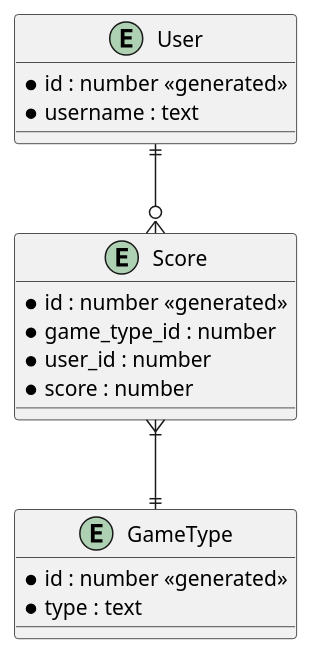
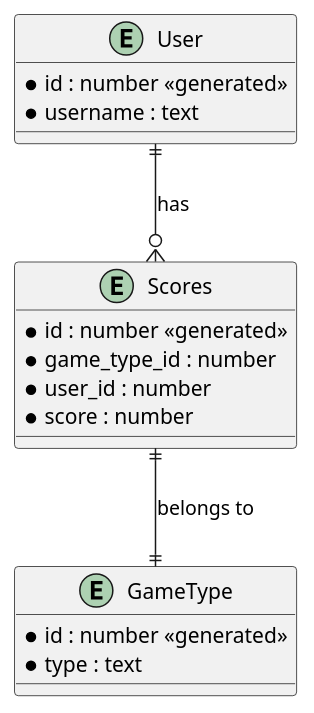
One commit to RawPanda19/Wine-Drinkers-WebApp changed the diagram in src/lib/diagrams/database.puml. Above: the diagram before and after it, drawn with PlantUML. The commit also changed 2 other files, not shown here.

Commit message:
feat(dices): #5 Made the database schema for saving the scores users and gametypes

```diff
--- a/src/lib/diagrams/database.puml
+++ b/src/lib/diagrams/database.puml
@@ -1,24 +1,24 @@
 @startuml
 'https://plantuml.com/class-diagram
 
 entity User {
     *id : number <<generated>>
     *username : text
 }
 
-entity Score {
+entity Scores {
     *id : number <<generated>>
     *game_type_id : number
     *user_id : number
     *score : number
 }
 
 entity GameType {
     *id : number <<generated>>
     *type : text
 }
 
-User ||--o{ Score
-Score }|--|| GameType
+User ||--o{ Scores : has
+Scores ||--|| GameType : belongs to
 
 @enduml
```
